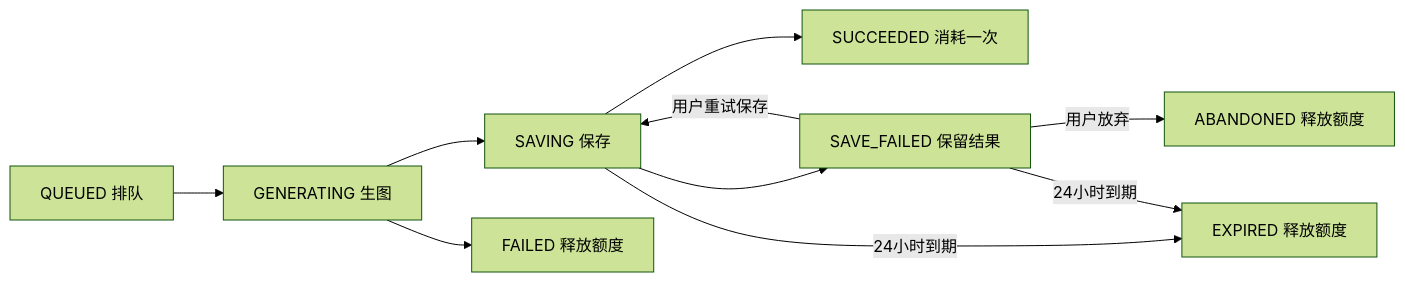
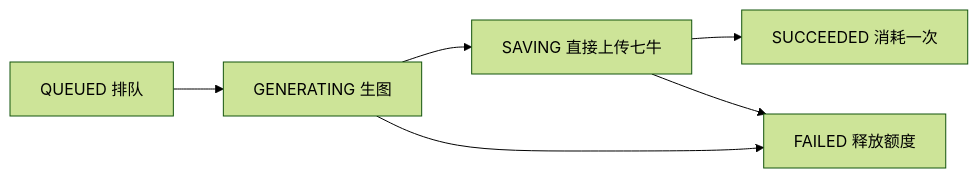
The diagram in docs/ai-creation.md (wuhobin/image-hub), drawn with Mermaid (forest theme) before and after one commit. The commit also changed other lines of this file and 35 other files, not shown here.

Commit message:
增加AI图片生成的功能

````diff
--- a/docs/ai-creation.md
+++ b/docs/ai-creation.md
@@ -62,12 +76,8 @@
 ```mermaid
 flowchart LR
   Q[QUEUED 排队] --> G[GENERATING 生图]
-  G --> S[SAVING 保存]
+  G --> S[SAVING 直接上传七牛]
   G --> F[FAILED 释放额度]
   S --> OK[SUCCEEDED 消耗一次]
-  S --> SF[SAVE_FAILED 保留结果]
-  SF -->|用户重试保存| S
-  SF -->|用户放弃| A[ABANDONED 释放额度]
-  S -->|24小时到期| E[EXPIRED 释放额度]
-  SF -->|24小时到期| E
+  S --> F
 ```
````
